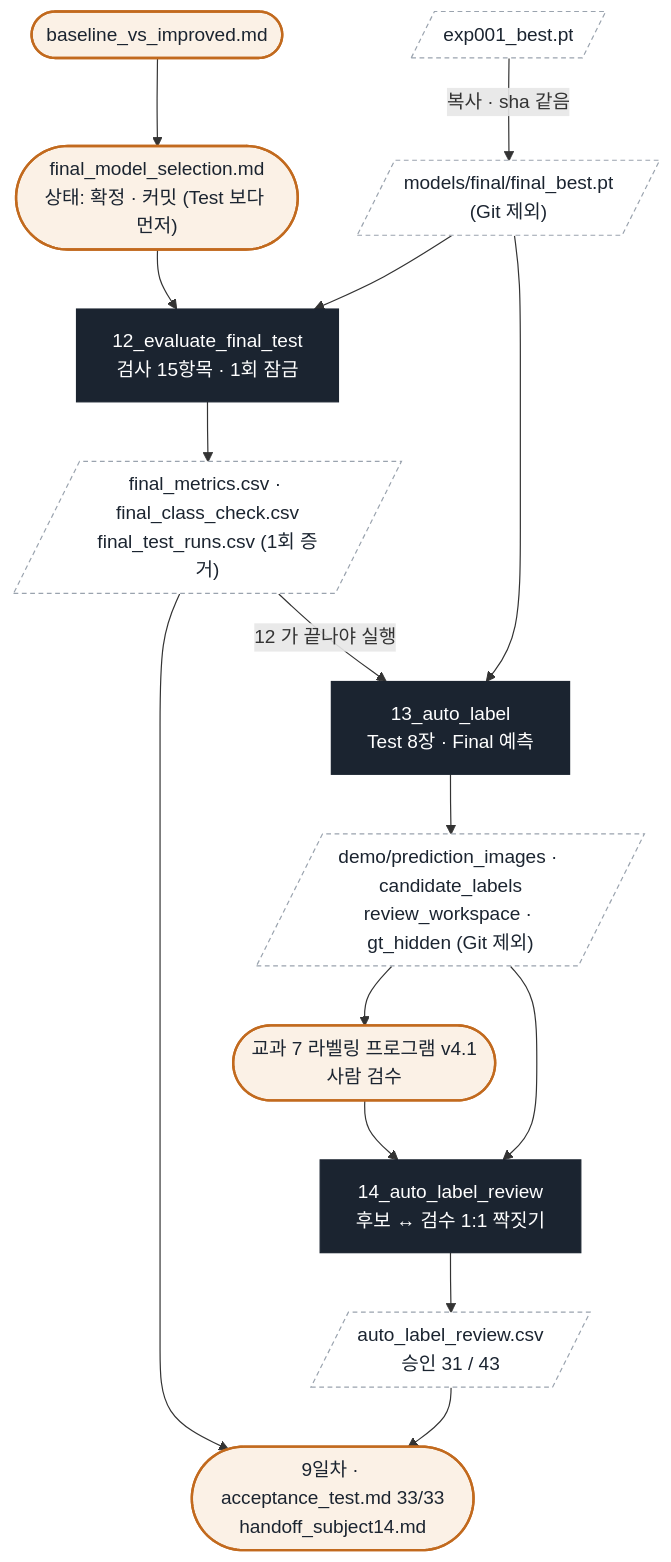
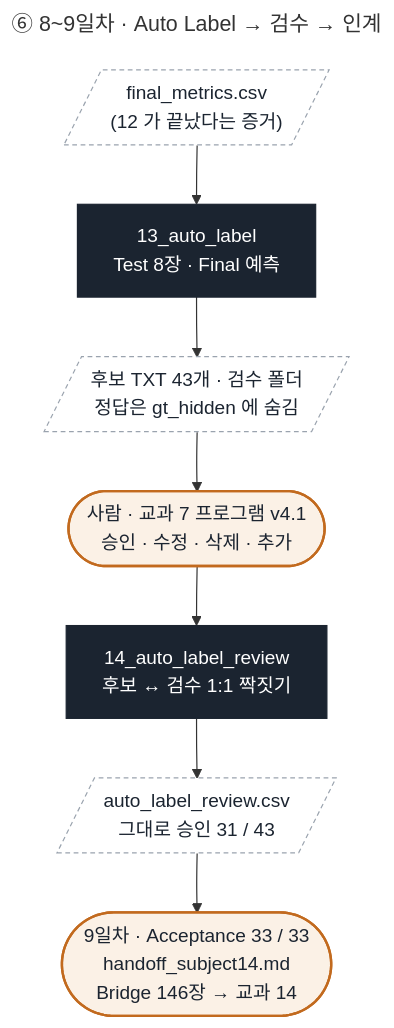
The seventh of 10 diagrams in prj08/docs/code_flow.md (howolcat/prj2026.10), drawn with Mermaid before and after one commit. The commit also changed other lines of this file and 8 other files, not shown here.

````diff
--- a/prj08/docs/code_flow.md
+++ b/prj08/docs/code_flow.md
@@ -139,29 +192,20 @@
 ```mermaid
+---
+title: ⑥ 8~9일차 · Auto Label → 검수 → 인계
+---
 flowchart TD
-    CMP(["baseline_vs_improved.md"])
-    O10[/"exp001_best.pt"/]
+    O12[/"final_metrics.csv<br/>(12 가 끝났다는 증거)"/] --> S13["13_auto_label<br/>Test 8장 · Final 예측"]
+    S13 --> O13[/"후보 TXT 43개 · 검수 폴더<br/>정답은 gt_hidden 에 숨김"/]
+    O13 --> HR(["사람 · 교과 7 프로그램 v4.1<br/>승인 · 수정 · 삭제 · 추가"])
+    HR --> S14["14_auto_label_review<br/>후보 ↔ 검수 1:1 짝짓기"]
+    S14 --> O14[/"auto_label_review.csv<br/>그대로 승인 31 / 43"/]
+    O14 --> ACC(["9일차 · Acceptance 33 / 33<br/>handoff_subject14.md<br/>Bridge 146장 → 교과 14"])
 
-    CMP --> SEL(["final_model_selection.md<br/>상태: 확정 · 커밋 (Test 보다 먼저)"])
-    O10 -->|"복사 · sha 같음"| FPT[/"models/final/final_best.pt<br/>(Git 제외)"/]
-    SEL --> S12["12_evaluate_final_test<br/>검사 15항목 · 1회 잠금"]
-    FPT --> S12
-    S12 --> O12[/"final_metrics.csv · final_class_check.csv<br/>final_test_runs.csv (1회 증거)"/]
-
-    O12 -->|"12 가 끝나야 실행"| S13["13_auto_label<br/>Test 8장 · Final 예측"]
-    FPT --> S13
-    S13 --> O13[/"demo/prediction_images · candidate_labels<br/>review_workspace · gt_hidden (Git 제외)"/]
-    O13 --> HR(["교과 7 라벨링 프로그램 v4.1<br/>사람 검수"])
-    HR --> S14["14_auto_label_review<br/>후보 ↔ 검수 1:1 짝짓기"]
-    O13 --> S14
-    S14 --> O14[/"auto_label_review.csv<br/>승인 31 / 43"/]
-
-    O12 --> ACC(["9일차 · acceptance_test.md 33/33<br/>handoff_subject14.md"])
-    O14 --> ACC
-
+    classDef data fill:#E9ECE8,stroke:#9AA3AE,color:#1B2430
     classDef script fill:#1B2430,stroke:#1B2430,color:#FFFFFF
     classDef out fill:#FFFFFF,stroke:#9AA3AE,stroke-dasharray:4 3,color:#1B2430
     classDef human fill:#FBF1E6,stroke:#C26A1E,stroke-width:2px,color:#1B2430
-    class S12,S13,S14 script
-    class O10,FPT,O12,O13,O14 out
-    class CMP,SEL,HR,ACC human
+    class S13,S14 script
+    class O12,O13,O14 out
+    class HR,ACC human
 ```
````
